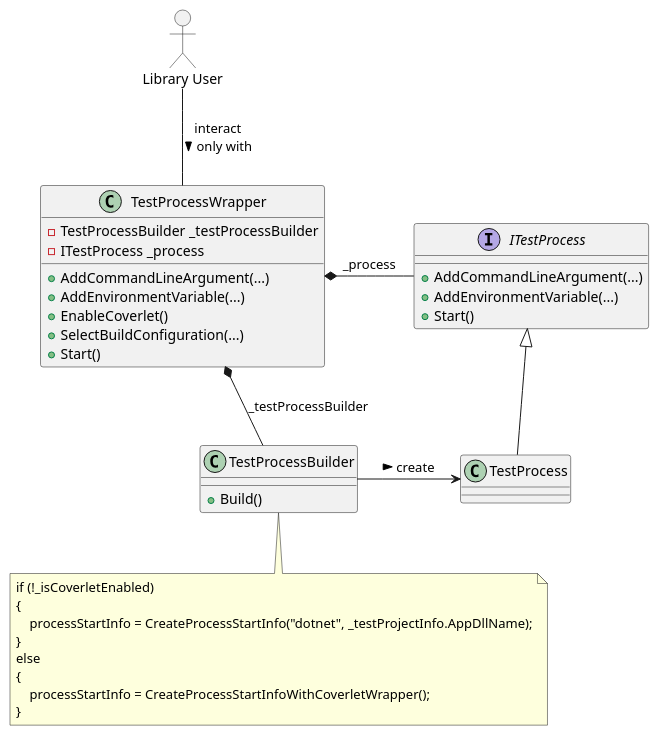
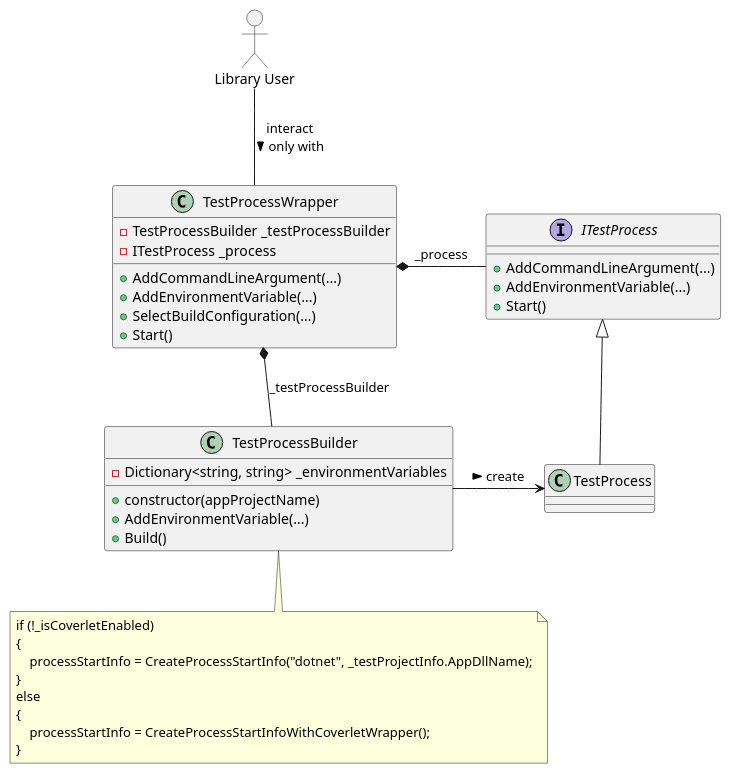
One commit to wonderbird/TestProcessWrapper changed the diagram in docs/current_create_process.puml. Above: the diagram before and after it, drawn with PlantUML. The commit also changed 6 other files, not shown here.

Commit message:
refactor: move environment variables to TestProcessBuilder

```diff
--- a/docs/current_create_process.puml
+++ b/docs/current_create_process.puml
@@ -1,47 +1,49 @@
 @startuml
 allowmixing
 
 actor "Library User" as user
 
 class "TestProcessWrapper" as wrapper {
   - TestProcessBuilder _testProcessBuilder
   - ITestProcess _process
   + AddCommandLineArgument(...)
   + AddEnvironmentVariable(...)
-  + EnableCoverlet()
   + SelectBuildConfiguration(...)
   + Start()
 }
 
 user -- wrapper : interact\nonly with >
 
 class "TestProcessBuilder" as builder {
+  - Dictionary<string, string> _environmentVariables
+  + constructor(appProjectName)
+  + AddEnvironmentVariable(...)
   + Build()
 }
 
 wrapper *-- builder : _testProcessBuilder
 
 interface "ITestProcess" as process_if {
   + AddCommandLineArgument(...)
   + AddEnvironmentVariable(...)
   + Start()
 }
 
 wrapper *- process_if : _process
 
 class "TestProcess" as process
 process_if <|-- process
 
 builder -> process : create >
 
 note bottom of builder
 if (!_isCoverletEnabled)
 {
     processStartInfo = CreateProcessStartInfo("dotnet", _testProjectInfo.AppDllName);
 }
 else
 {
     processStartInfo = CreateProcessStartInfoWithCoverletWrapper();
 }
 end note
 @enduml
```
